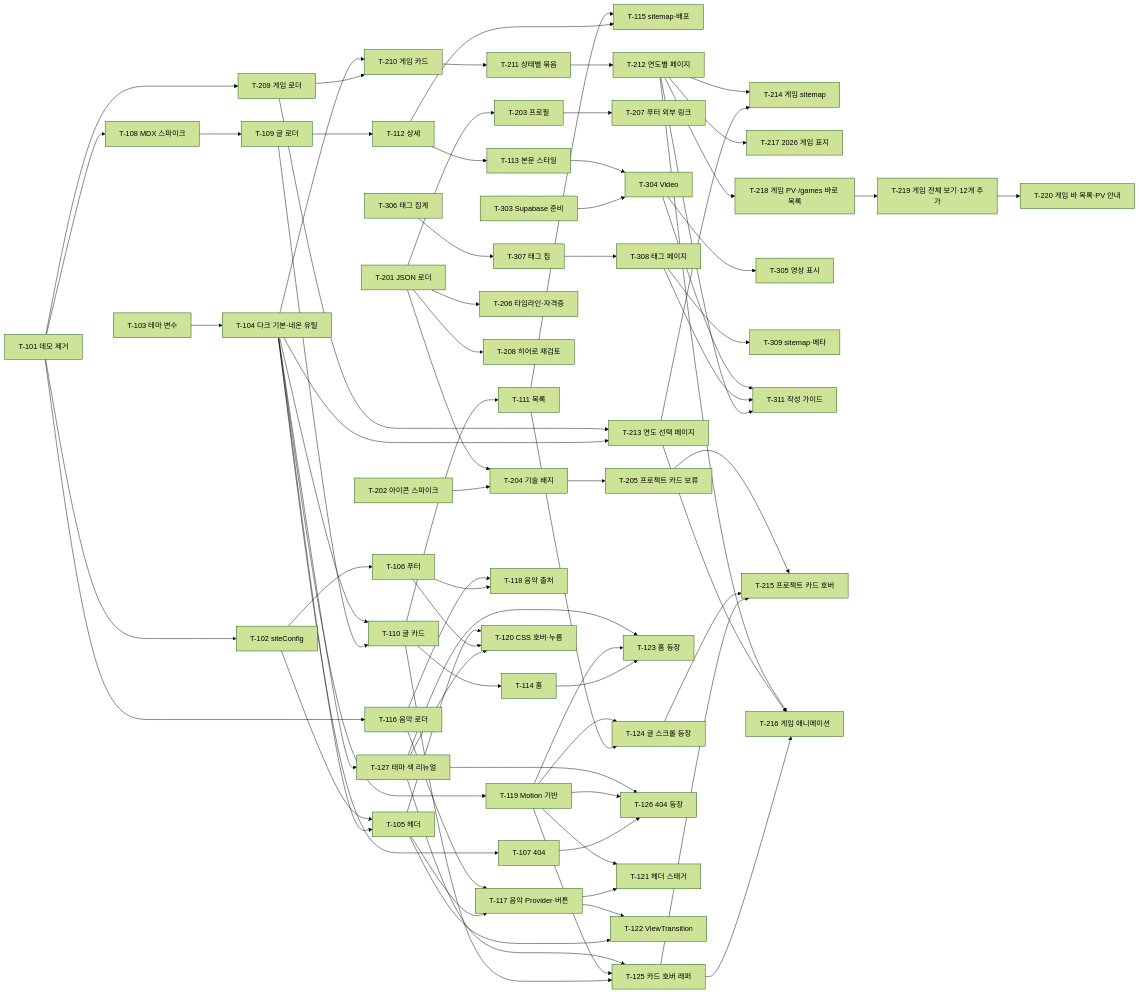
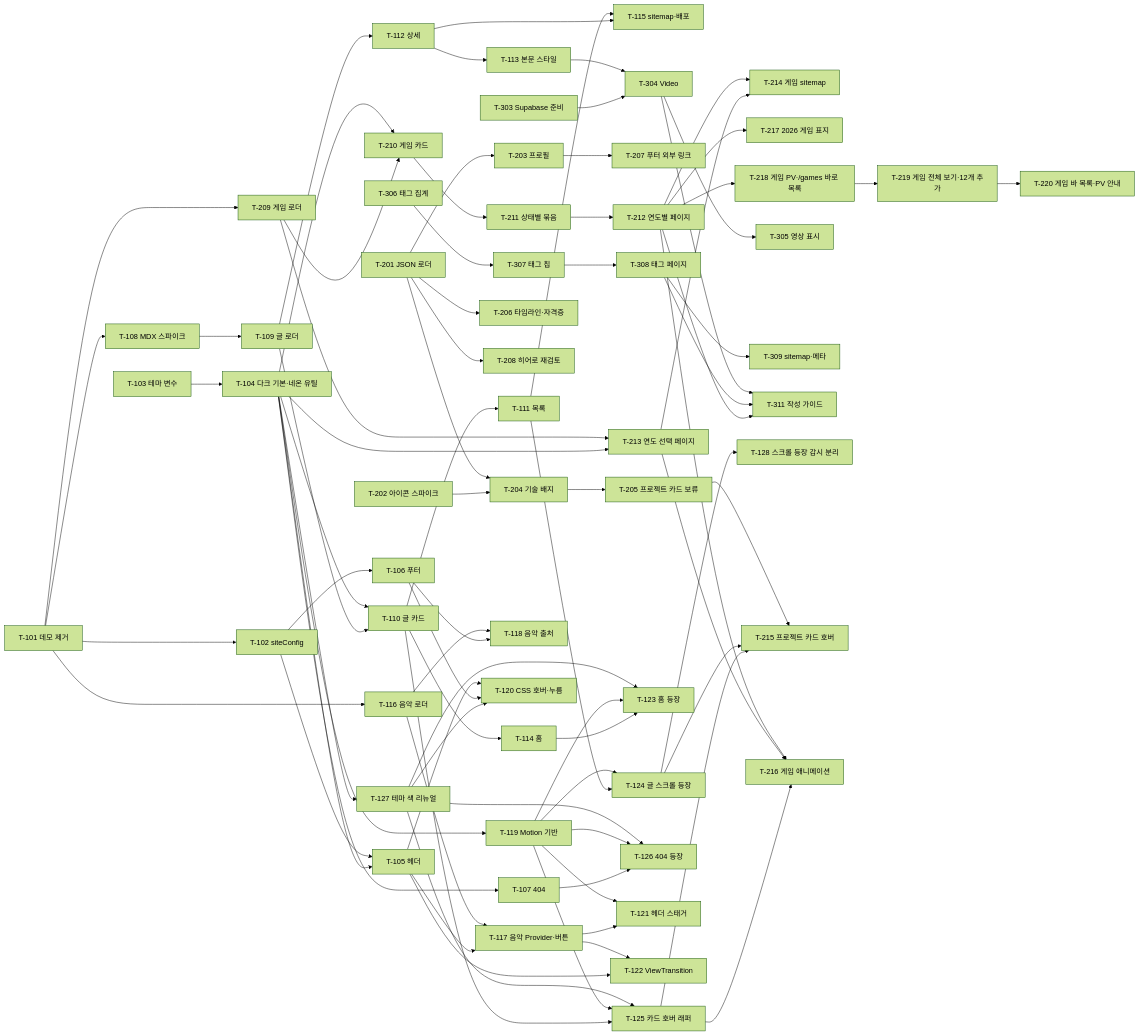
The diagram in .claude/docs/ROADMAP.md (GameDev-HanS/gamedev-hans.github.io), drawn with Mermaid (forest theme) before and after one commit. The commit also changed other lines of this file and 7 other files, not shown here.

```diff
--- a/.claude/docs/ROADMAP.md
+++ b/.claude/docs/ROADMAP.md
@@ -451,6 +458,7 @@
   T110 --> T125
   T119 --> T126[T-126 404 등장]
   T107 --> T126
+  T124 --> T128[T-128 스크롤 등장 감시 분리]
   T205 --> T215[T-215 프로젝트 카드 호버]
   T124 --> T215
   T125 --> T215
```
